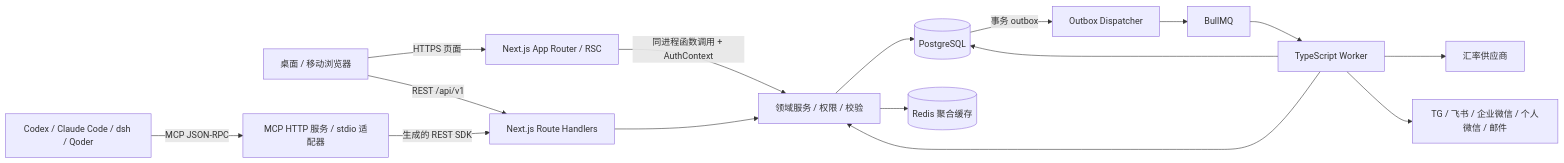
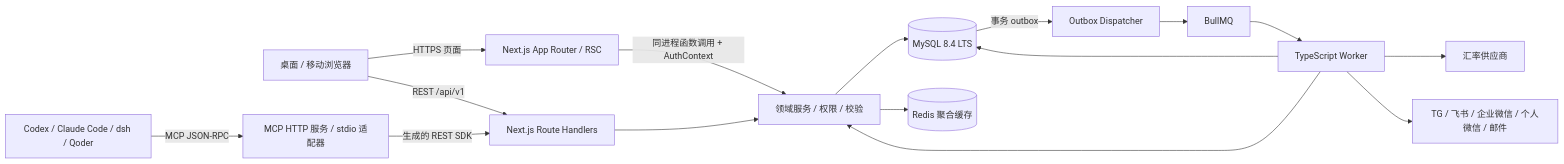
Before and after one commit to zch0222/ledger-next: the diagram in docs/TECHNICAL_DESIGN.md, drawn with Mermaid. The commit also changed other lines of this file and 93 other files, not shown here.

```diff
--- a/docs/TECHNICAL_DESIGN.md
+++ b/docs/TECHNICAL_DESIGN.md
@@ -44,18 +44,18 @@
 ~~~mermaid
 flowchart LR
   B[桌面 / 移动浏览器] -->|HTTPS 页面| W[Next.js App Router / RSC]
   B -->|REST /api/v1| R[Next.js Route Handlers]
   A[Codex / Claude Code / dsh / Qoder] -->|MCP JSON-RPC| M[MCP HTTP 服务 / stdio 适配器]
   M -->|生成的 REST SDK| R
   W -->|同进程函数调用 + AuthContext| C[领域服务 / 权限 / 校验]
   R --> C
-  C --> D[(PostgreSQL)]
+  C --> D[(MySQL 8.4 LTS)]
   C --> K[(Redis 聚合缓存)]
   D -->|事务 outbox| O[Outbox Dispatcher]
   O --> Q[BullMQ]
   Q --> J[TypeScript Worker]
   J --> C
   J --> X[汇率供应商]
   J --> N[TG / 飞书 / 企业微信 / 个人微信 / 邮件]
   J --> D
 ~~~
```
